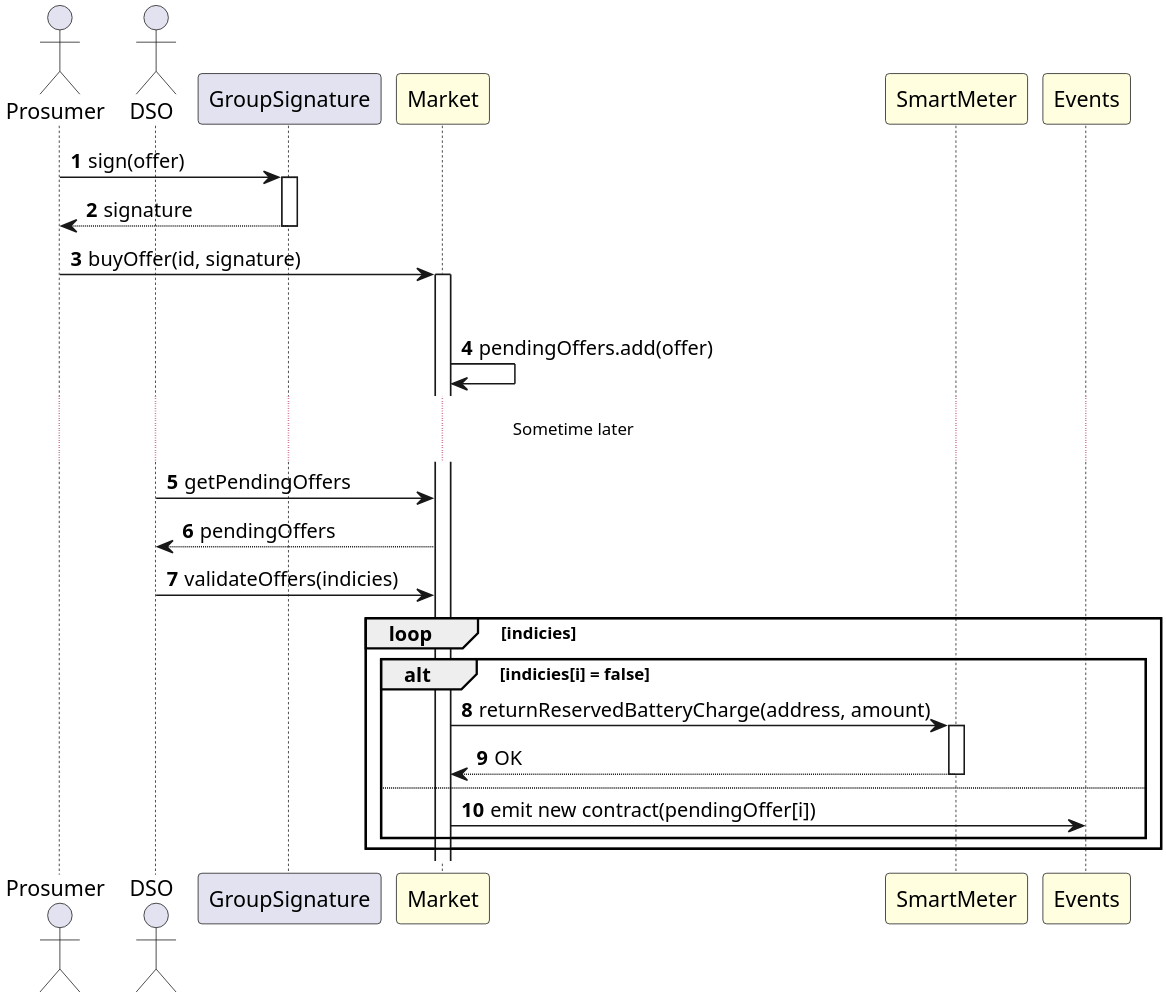
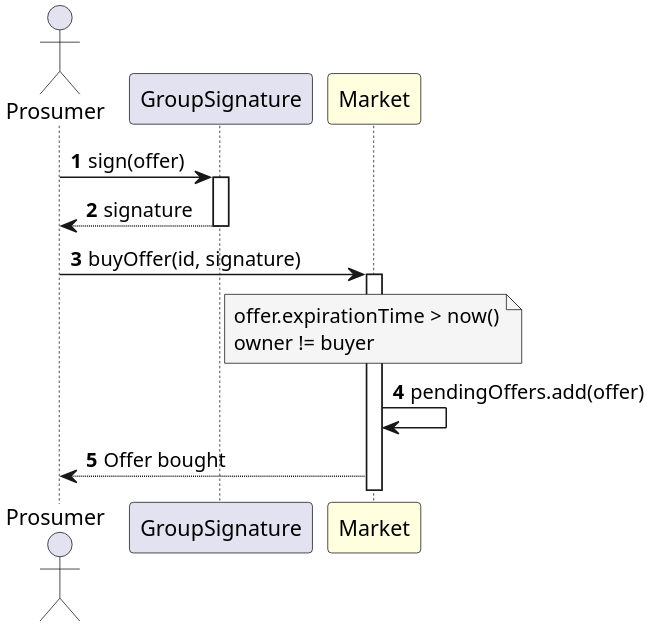
The diagram in docs/SequenceDiagrams/buyOffer.puml (antonoeschmidt/SmartGridEmpowered), drawn with PlantUML before and after one commit. The commit also changed 1 other file, not shown here.

```diff
--- a/docs/SequenceDiagrams/buyOffer.puml
+++ b/docs/SequenceDiagrams/buyOffer.puml
@@ -1,32 +1,21 @@
 @startuml BuyOffer
 actor Prosumer
-actor DSO
 participant GroupSignature
 participant Market #LightYellow
-participant SmartMeter #LightYellow
-participant Events #LightYellow 
 
 skinparam dpi 300
 
 autonumber
 
 Prosumer -> GroupSignature ++: sign(offer)
 GroupSignature --> Prosumer --: signature
 
 Prosumer -> Market ++: buyOffer(id, signature)
-alt offer.expirationTime > now() && owner != buyer
+note over Market #WhiteSmoke
+offer.expirationTime > now()
+owner != buyer
+end note
 Market -> Market: pendingOffers.add(offer)
-...Sometime later...
-DSO -> Market: getPendingOffers
-Market --> DSO: pendingOffers
-DSO -> Market: validateOffers(indicies)
-loop indicies
-alt indicies[i] = false
-Market -> SmartMeter ++: returnReservedBatteryCharge(address, amount)
-SmartMeter --> Market --: OK
-else
-Market -> Events: emit new contract(pendingOffer[i])
-end
-end
+Market --> Prosumer: Offer bought
 
 @enduml
```
